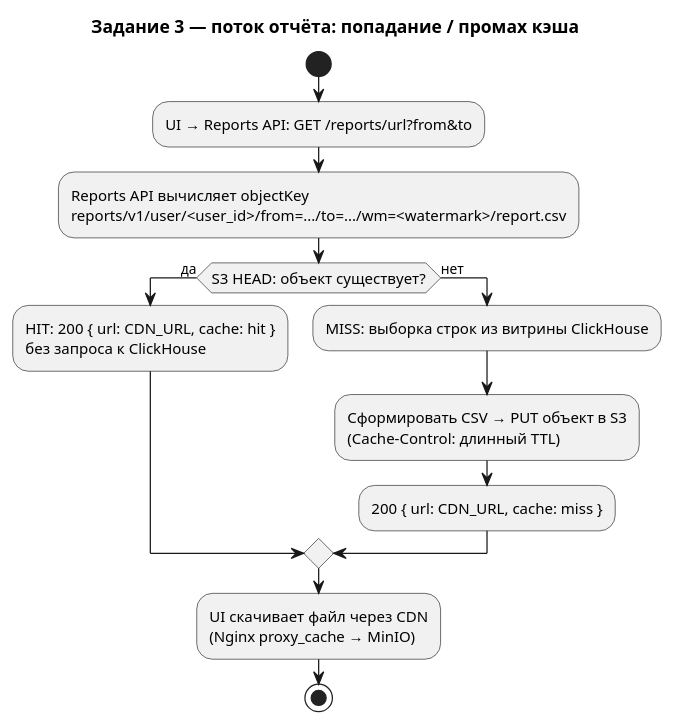
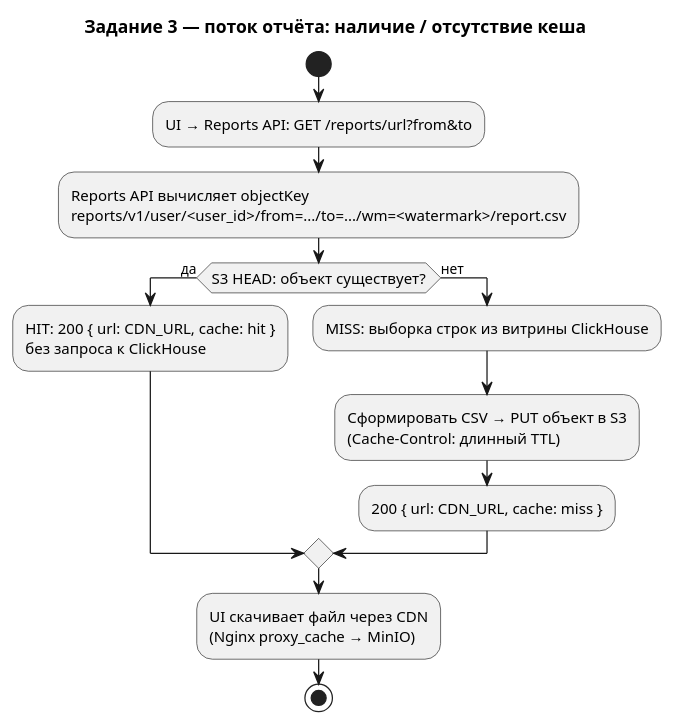
One commit to aymanstepanova/architecture-bionicpro changed the diagram in docs/assignment-3-reports-cache-flow.puml. Above: the diagram before and after it, drawn with PlantUML.

Commit message:
исправление опечатки

```diff
--- a/docs/assignment-3-reports-cache-flow.puml
+++ b/docs/assignment-3-reports-cache-flow.puml
@@ -1,22 +1,22 @@
 @startuml assignment-3-reports-cache-flow
 skinparam ActivityFontSize 12
-title Задание 3 — поток отчёта: попадание / промах кэша
+title Задание 3 — поток отчёта: наличие / отсутствие кеша
 
 start
 :UI → Reports API: GET /reports/url?from&to;
 
 :Reports API вычисляет objectKey\nreports/v1/user/<user_id>/from=.../to=.../wm=<watermark>/report.csv;
 
 if (S3 HEAD: объект существует?) then (да)
   :HIT: 200 { url: CDN_URL, cache: hit }\nбез запроса к ClickHouse;
 else (нет)
   :MISS: выборка строк из витрины ClickHouse;
   :Сформировать CSV → PUT объект в S3\n(Cache-Control: длинный TTL);
   :200 { url: CDN_URL, cache: miss };
 endif
 
 :UI скачивает файл через CDN\n(Nginx proxy_cache → MinIO);
 
 stop
 
 @enduml
```
